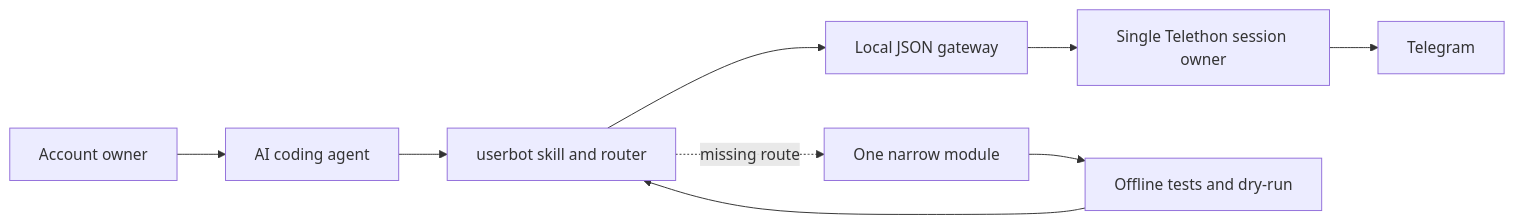
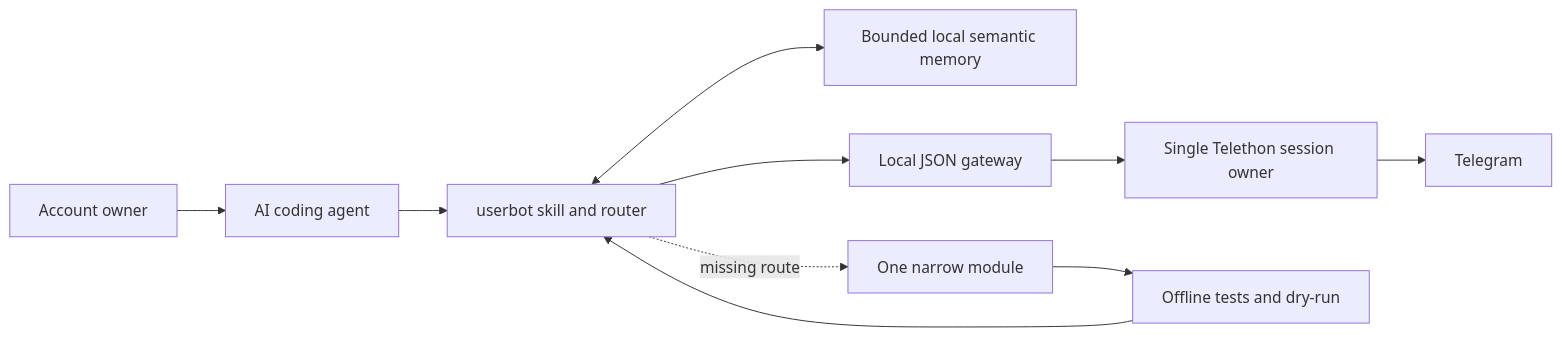
One commit to eugeneb1ack/telethon-userbot-operations-skill changed the diagram in README.md. Above: the diagram before and after it, drawn with Mermaid. The commit also changed other lines of this file and 17 other files, not shown here.

````diff
--- a/README.md
+++ b/README.md
@@ -43,11 +44,12 @@
 ```mermaid
 flowchart LR
     U[Account owner] --> A[AI coding agent]
     A --> S[userbot skill and router]
+    S <--> L[Bounded local semantic memory]
     S --> G[Local JSON gateway]
     G --> O[Single Telethon session owner]
     O --> T[Telegram]
     S -. missing route .-> M[One narrow module]
     M --> Q[Offline tests and dry-run]
     Q --> S
 ```
````
